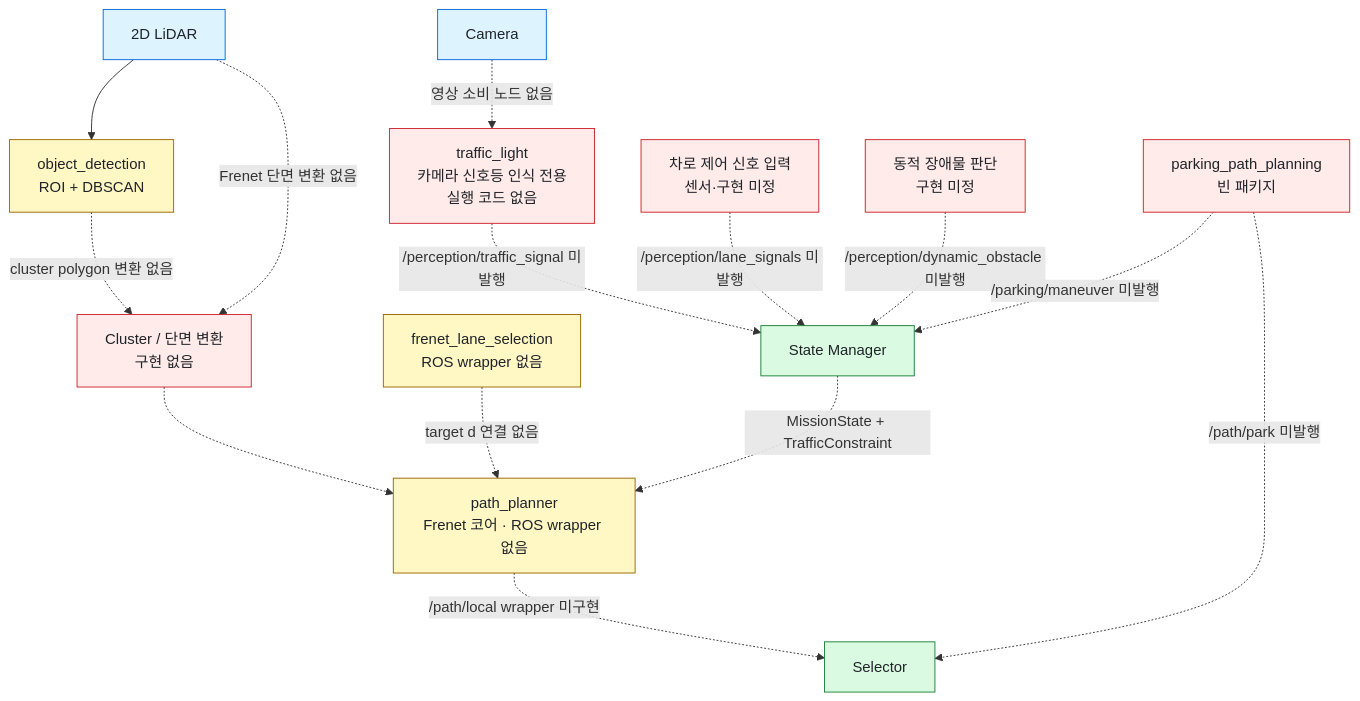
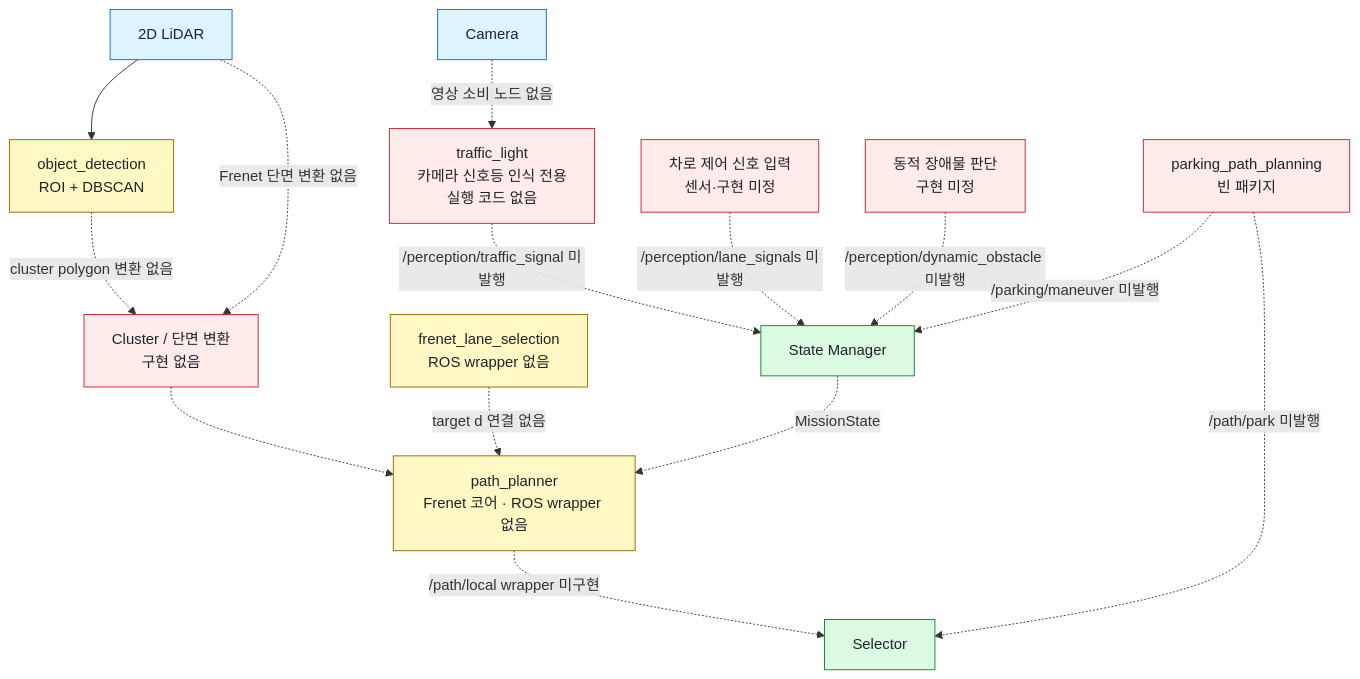
The second of 3 diagrams in docs/architecture.md (Team-Stier/HL-FMA-1-5-2026), drawn with Mermaid before and after one commit. The commit also changed other lines of this file and 10 other files, not shown here.

````diff
--- a/docs/architecture.md
+++ b/docs/architecture.md
@@ -113,34 +112,34 @@
 ```mermaid
 flowchart TB
     classDef partial fill:#fff8c5,stroke:#9a6700,color:#1f2328
     classDef missing fill:#ffebe9,stroke:#cf222e,color:#1f2328
     classDef endpoint fill:#dafbe1,stroke:#1a7f37,color:#1f2328
     classDef support fill:#ddf4ff,stroke:#0969da,color:#1f2328
 
     CAM[Camera]:::support
     LIDAR[2D LiDAR]:::support
     DET[object_detection<br/>ROI + DBSCAN]:::partial
     TRAFFIC[traffic_light<br/>카메라 신호등 인식 전용<br/>실행 코드 없음]:::missing
     LANEOBS[차로 제어 신호 입력<br/>센서·구현 미정]:::missing
     DYNAMIC[동적 장애물 판단<br/>구현 미정]:::missing
     ADAPTER[Cluster / 단면 변환<br/>구현 없음]:::missing
     LANESEL[frenet_lane_selection<br/>ROS wrapper 없음]:::partial
     PLANNER[path_planner<br/>Frenet 코어 · ROS wrapper 없음]:::partial
     PARK[parking_path_planning<br/>빈 패키지]:::missing
     SM[State Manager]:::endpoint
     SELECTOR[Selector]:::endpoint
 
     CAM -.->|영상 소비 노드 없음| TRAFFIC
     TRAFFIC -.->|/perception/traffic_signal 미발행| SM
     LANEOBS -.->|/perception/lane_signals 미발행| SM
     DYNAMIC -.->|/perception/dynamic_obstacle 미발행| SM
     LIDAR --> DET
     DET -.->|cluster polygon 변환 없음| ADAPTER
     LIDAR -.->|Frenet 단면 변환 없음| ADAPTER
     ADAPTER -.-> PLANNER
     LANESEL -.->|target d 연결 없음| PLANNER
-    SM -.->|MissionState + TrafficConstraint| PLANNER
+    SM -.->|MissionState| PLANNER
     PLANNER -.->|/path/local wrapper 미구현| SELECTOR
     PARK -.->|/path/park 미발행| SELECTOR
     PARK -.->|/parking/maneuver 미발행| SM
 ```
````
